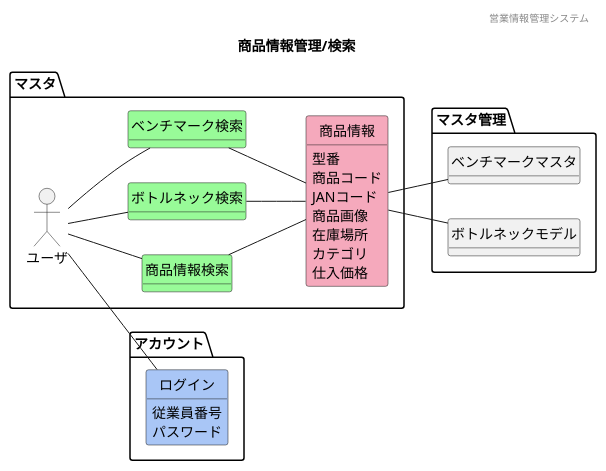
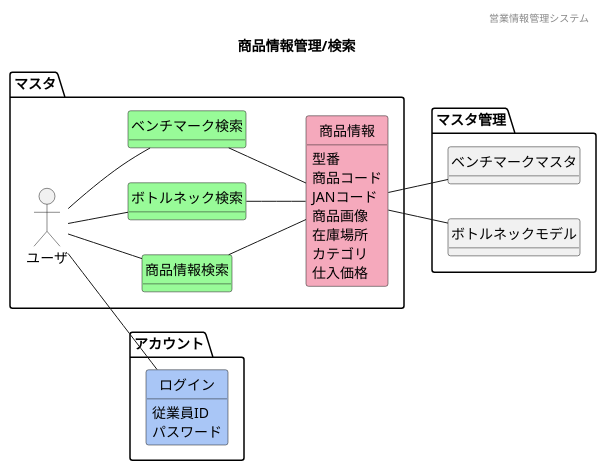
The diagram in 各種設計書/1ドメインモデル図/商品情報管理/F08検索.plantuml (HaruShim/Sotuken), drawn with PlantUML before and after one commit. The commit also changed 11 other files, not shown here.

```diff
--- a/各種設計書/1ドメインモデル図/商品情報管理/F08検索.plantuml
+++ b/各種設計書/1ドメインモデル図/商品情報管理/F08検索.plantuml
@@ -1,51 +1,51 @@
 @startuml images/商品情報管理/検索
 ' ヘッダー
 header 営業情報管理システム
 ' タイトル
 title 商品情報管理/検索
 ' 
 hide circle
 ' 
 hide method
 left to right direction
 
 package "アカウント"{
     class "ログイン" #A9C6F6
 }
 package "マスタ"{
 'ユーザや外部システム
     mix_actor "ユーザ"
     class "商品情報検索" #98fb98
     class "ボトルネック検索" #98fb98
     class "ベンチマーク検索" #98fb98
     class "商品情報" #F5A9BC
 }
     package "マスタ管理"{
         class "ベンチマークマスタ"
         class "ボトルネックモデル"
         }
     ' class "" #F5A9BC
     ' class "" #ffd700
 
     'モデル同士の関係
     ユーザ -- 商品情報検索
     ユーザ -- ボトルネック検索
     ユーザ -- ベンチマーク検索
     ユーザ -- ログイン
     商品情報検索 -- 商品情報
     ボトルネック検索 -- 商品情報
     ベンチマーク検索 -- 商品情報
     商品情報 -- ボトルネックモデル
     商品情報 -- ベンチマークマスタ
 
     'ドメインクラスの属性
     商品情報 : 型番
     商品情報 : 商品コード
     商品情報 : JANコード
     商品情報 : 商品画像
     商品情報 : 在庫場所
     商品情報 : カテゴリ
     商品情報 : 仕入価格
-    ログイン : 従業員番号
+    ログイン : 従業員ID
     ログイン : パスワード
 @enduml
```
